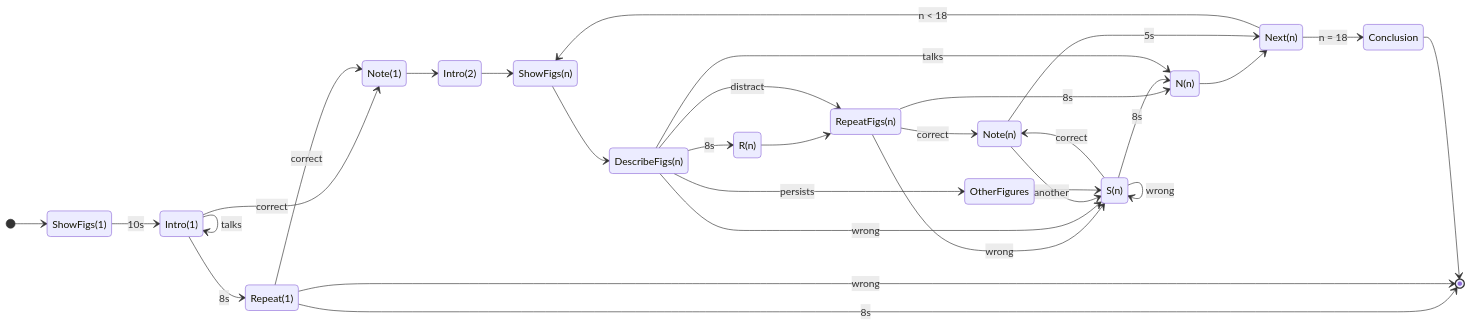
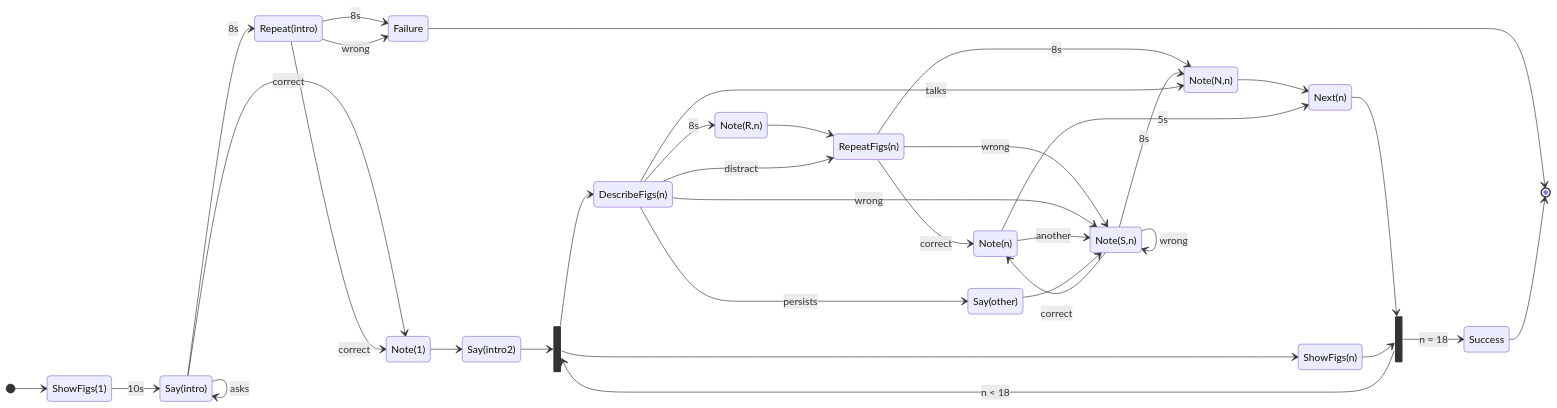
Before and after one commit to pstlab/RESTART: diagram 11 of 11 in rules/README.md, drawn with Mermaid.

Commit message:
Refactor state diagram in README.md

````diff
--- a/rules/README.md
+++ b/rules/README.md
@@ -168,34 +168,40 @@
 ```mermaid
 stateDiagram-v2
     direction LR
     [*] --> ShowFigs(1)
-    ShowFigs(1) --> Intro(1): 10s
-    Intro(1) --> Note(1): correct
-    Intro(1) --> Repeat(1): 8s
-    Intro(1) --> Intro(1): talks
-    Repeat(1) --> [*]: 8s
-    Repeat(1) --> Note(1): correct
-    Repeat(1) --> [*]: wrong
-    Note(1) --> Intro(2)
-    Intro(2) --> ShowFigs(n)
-    ShowFigs(n) --> DescribeFigs(n)
-    DescribeFigs(n) --> R(n): 8s
-    R(n) --> RepeatFigs(n)
-    RepeatFigs(n) --> N(n): 8s
+    ShowFigs(1) --> Say(intro): 10s
+    Say(intro) --> Note(1): correct
+    Say(intro) --> Repeat(intro): 8s
+    Say(intro) --> Say(intro): asks
+    Repeat(intro) --> Failure: 8s
+    Failure --> [*]
+    Repeat(intro) --> Note(1): correct
+    Repeat(intro) --> Failure: wrong
+    Note(1) --> Say(intro2)
+    state fork_state <<fork>>
+    Say(intro2) --> fork_state
+    fork_state --> ShowFigs(n)
+    fork_state --> DescribeFigs(n)
+    DescribeFigs(n) --> Note(R,n): 8s
+    Note(R,n) --> RepeatFigs(n)
+    RepeatFigs(n) --> Note(N,n): 8s
     RepeatFigs(n) --> Note(n): correct
-    RepeatFigs(n) --> S(n): wrong
-    N(n) --> Next(n)
-    Next(n) --> ShowFigs(n): n < 18
-    Next(n) --> Conclusion: n = 18
-    Conclusion --> [*]
-    DescribeFigs(n) --> S(n): wrong
-    S(n) --> N(n): 8s
-    S(n) --> S(n): wrong
-    S(n) --> Note(n): correct
+    RepeatFigs(n) --> Note(S,n): wrong
+    Note(N,n) --> Next(n)
+    state join_state <<join>>
+    Next(n) --> join_state
+    ShowFigs(n) --> join_state
+    join_state --> fork_state: n < 18
+    join_state --> Success: n = 18
+    Success --> [*]
+    DescribeFigs(n) --> Note(S,n): wrong
+    Note(S,n) --> Note(N,n): 8s
+    Note(S,n) --> Note(S,n): wrong
+    Note(S,n) --> Note(n): correct
     Note(n) --> Next(n): 5s
-    Note(n) --> S(n): another
-    DescribeFigs(n) --> N(n): talks
-    DescribeFigs(n) --> OtherFigures: persists
-    OtherFigures --> S(n)
+    Note(n) --> Note(S,n): another
+    DescribeFigs(n) --> Note(N,n): talks
+    DescribeFigs(n) --> Say(other): persists
+    Say(other) --> Note(S,n)
     DescribeFigs(n) --> RepeatFigs(n): distract
 ```
````
